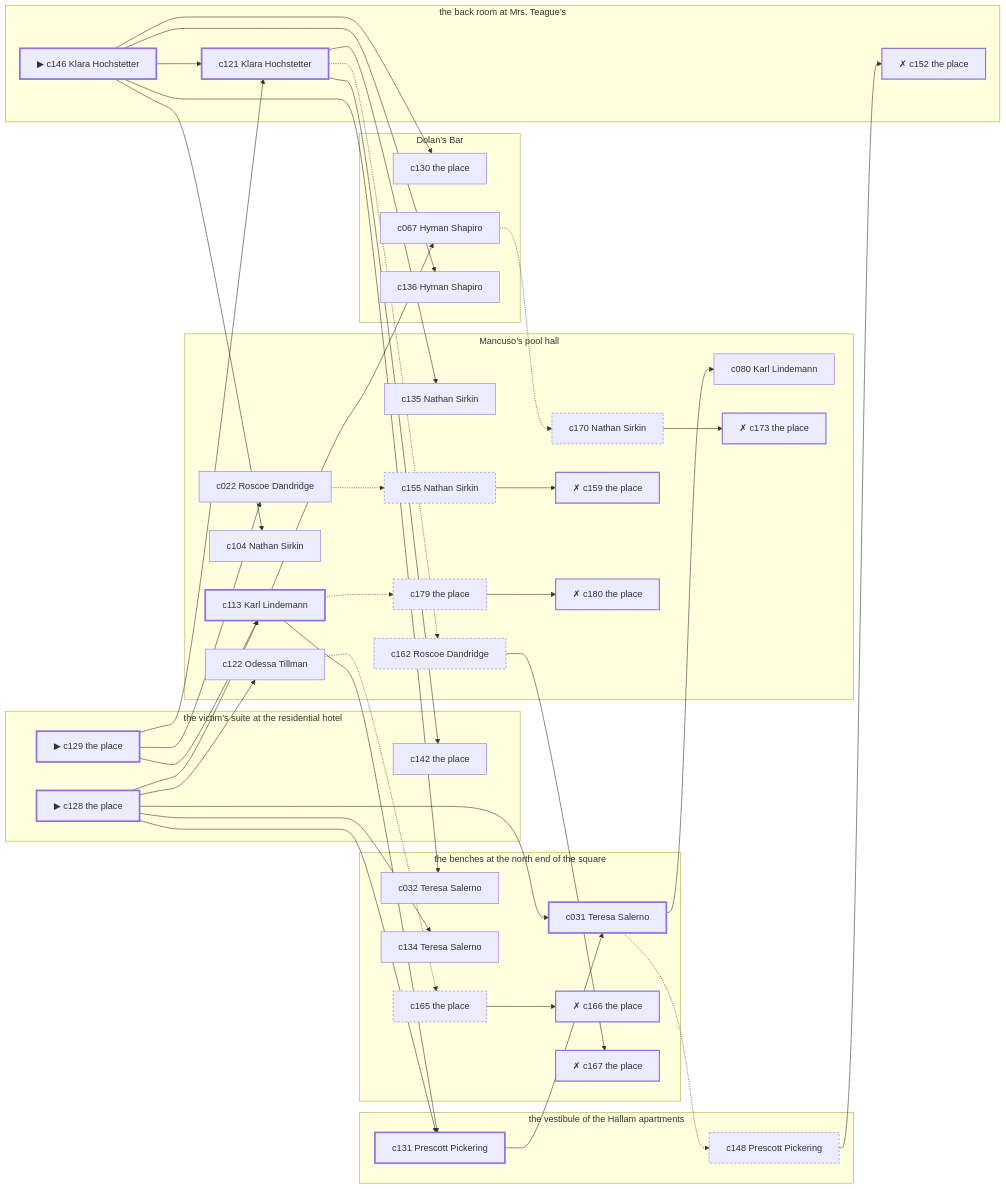
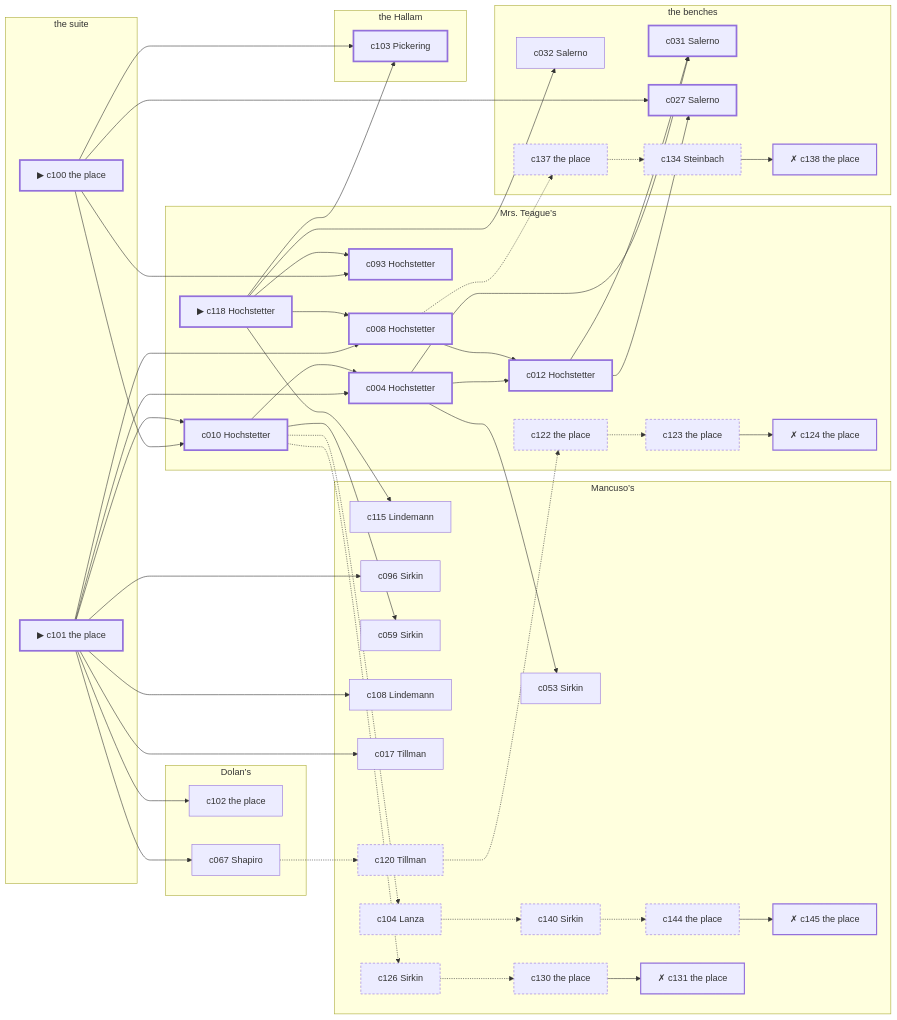
One commit to lyamshin/dashiell changed the diagram in docs/samples/case-12.md. Above: the diagram before and after it, drawn with Mermaid. The commit also changed other lines of this file and 60 other files, not shown here.

````diff
--- a/docs/samples/case-12.md
+++ b/docs/samples/case-12.md
@@ -307,84 +319,96 @@
 ```mermaid
 graph LR
-  subgraph P1["Mancuso’s pool hall"]
-    c113["c113 Karl Lindemann"]
-    c104["c104 Nathan Sirkin"]
-    c122["c122 Odessa Tillman"]
-    c135["c135 Nathan Sirkin"]
-    c080["c080 Karl Lindemann"]
-    c022["c022 Roscoe Dandridge"]
-    c170["c170 Nathan Sirkin"]
-    c173["✗ c173 the place"]
-    c155["c155 Nathan Sirkin"]
-    c159["✗ c159 the place"]
-    c179["c179 the place"]
-    c180["✗ c180 the place"]
-    c162["c162 Roscoe Dandridge"]
+  subgraph P1["Mancuso’s"]
+    c115["c115 Lindemann"]
+    c096["c096 Sirkin"]
+    c059["c059 Sirkin"]
+    c053["c053 Sirkin"]
+    c108["c108 Lindemann"]
+    c017["c017 Tillman"]
+    c104["c104 Lanza"]
+    c140["c140 Sirkin"]
+    c144["c144 the place"]
+    c145["✗ c145 the place"]
+    c120["c120 Tillman"]
+    c126["c126 Sirkin"]
+    c130["c130 the place"]
+    c131["✗ c131 the place"]
   end
-  subgraph P2["the victim’s suite at the residential hotel"]
-    c128["▶ c128 the place"]
-    c129["▶ c129 the place"]
-    c142["c142 the place"]
+  subgraph P2["the suite"]
+    c100["▶ c100 the place"]
+    c101["▶ c101 the place"]
   end
-  subgraph P3["Dolan’s Bar"]
-    c130["c130 the place"]
-    c067["c067 Hyman Shapiro"]
-    c136["c136 Hyman Shapiro"]
+  subgraph P3["Dolan’s"]
+    c102["c102 the place"]
+    c067["c067 Shapiro"]
   end
-  subgraph P4["the benches at the north end of the square"]
-    c031["c031 Teresa Salerno"]
-    c032["c032 Teresa Salerno"]
-    c134["c134 Teresa Salerno"]
-    c165["c165 the place"]
-    c166["✗ c166 the place"]
-    c167["✗ c167 the place"]
+  subgraph P4["the benches"]
+    c031["c031 Salerno"]
+    c027["c027 Salerno"]
+    c032["c032 Salerno"]
+    c137["c137 the place"]
+    c134["c134 Steinbach"]
+    c138["✗ c138 the place"]
   end
-  subgraph P5["the back room at Mrs. Teague’s"]
-    c146["▶ c146 Klara Hochstetter"]
-    c121["c121 Klara Hochstetter"]
-    c152["✗ c152 the place"]
+  subgraph P5["Mrs. Teague’s"]
+    c118["▶ c118 Hochstetter"]
+    c010["c010 Hochstetter"]
+    c004["c004 Hochstetter"]
+    c093["c093 Hochstetter"]
+    c008["c008 Hochstetter"]
+    c012["c012 Hochstetter"]
+    c122["c122 the place"]
+    c123["c123 the place"]
+    c124["✗ c124 the place"]
   end
-  subgraph P6["the vestibule of the Hallam apartments"]
-    c131["c131 Prescott Pickering"]
-    c148["c148 Prescott Pickering"]
+  subgraph P6["the Hallam"]
+    c103["c103 Pickering"]
   end
-  c128 --> c113
-  c128 --> c131
-  c128 --> c031
-  c128 --> c122
-  c128 --> c134
-  c129 --> c113
-  c129 --> c121
-  c129 --> c022
-  c146 --> c121
-  c146 --> c104
-  c146 --> c130
-  c146 --> c032
-  c146 --> c136
-  c113 --> c131
-  c113 --> c067
-  c113 -.-> c179
-  c121 --> c142
-  c121 --> c135
-  c121 -.-> c162
-  c131 --> c031
-  c031 --> c080
-  c031 -.-> c148
-  c122 -.-> c165
-  c067 -.-> c170
-  c022 -.-> c155
-  c165 --> c166
-  c170 --> c173
-  c155 --> c159
-  c179 --> c180
-  c148 --> c152
-  c162 --> c167
+  c100 --> c010
+  c100 --> c093
+  c100 --> c027
+  c100 --> c103
+  c101 --> c010
+  c101 --> c004
+  c101 --> c008
+  c101 --> c102
+  c101 --> c096
+  c101 --> c067
+  c101 --> c108
+  c101 --> c017
+  c118 --> c093
+  c118 --> c008
+  c118 --> c103
+  c118 --> c115
+  c118 --> c032
+  c010 --> c004
+  c010 --> c059
+  c010 -.-> c104
+  c010 -.-> c126
+  c004 --> c012
+  c004 --> c031
+  c004 --> c053
+  c008 --> c012
+  c008 -.-> c137
+  c012 --> c031
+  c012 --> c027
+  c067 -.-> c120
+  c104 -.-> c140
+  c140 -.-> c144
+  c144 --> c145
+  c120 -.-> c122
+  c122 -.-> c123
+  c123 --> c124
+  c137 -.-> c134
+  c134 --> c138
+  c126 -.-> c130
+  c130 --> c131
   classDef spine stroke-width:3px;
   classDef corrob stroke-width:1px;
   classDef noise stroke-dasharray: 4 3;
   classDef disq stroke-width:2px,stroke-dasharray: 1 0;
-  class c128,c129,c146,c113,c121,c131,c031 spine;
-  class c104,c130,c142,c122,c067,c135,c032,c134,c080,c136,c022 corrob;
-  class c165,c170,c155,c179,c148,c162 noise;
-  class c166,c173,c159,c180,c152,c167 disq;
+  class c100,c101,c118,c010,c004,c093,c008,c012,c031,c027,c103 spine;
+  class c102,c115,c096,c067,c059,c053,c108,c017,c032 corrob;
+  class c104,c140,c144,c120,c122,c123,c137,c134,c126,c130 noise;
+  class c145,c124,c138,c131 disq;
 ```
````
